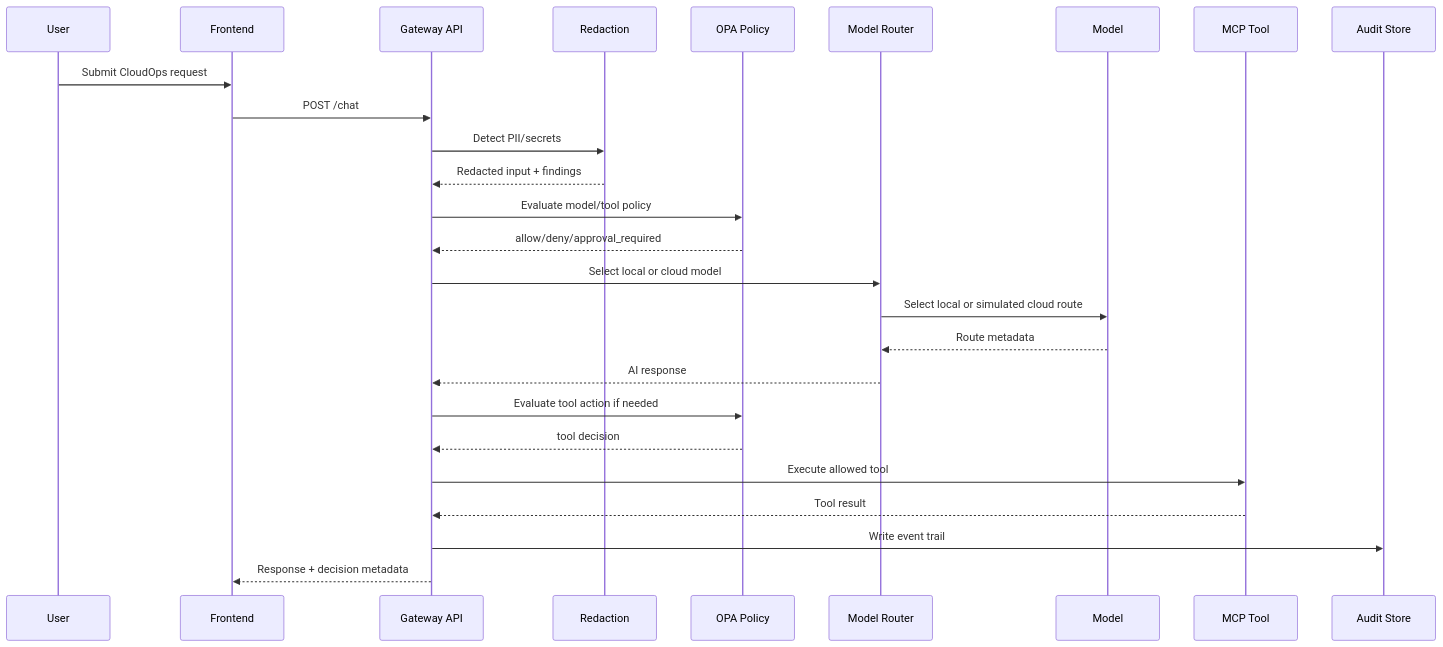
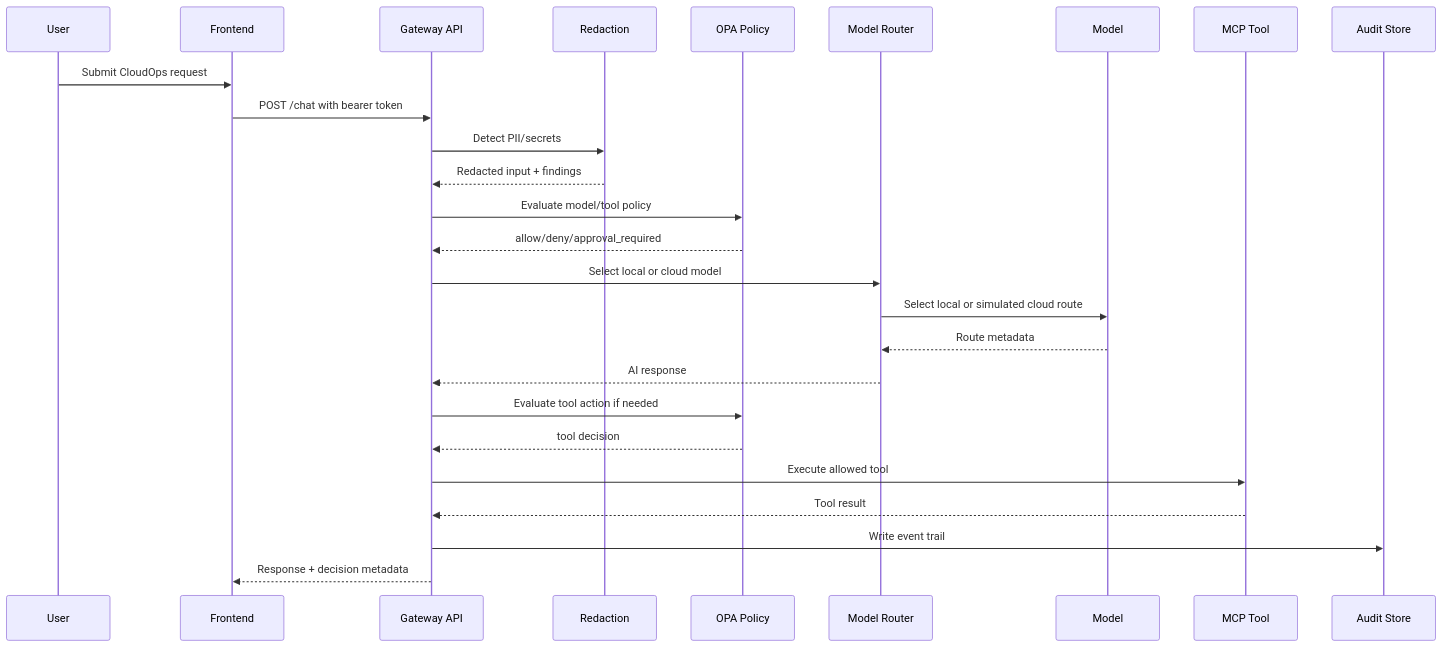
One commit to manynames3/aegisdesk-cloudops-control-plane changed the diagram in docs/architecture/system-architecture.md. Above: the diagram before and after it, drawn with Mermaid. The commit also changed other lines of this file and 49 other files, not shown here.

````diff
--- a/docs/architecture/system-architecture.md
+++ b/docs/architecture/system-architecture.md
@@ -127,29 +138,29 @@
 ```mermaid
 sequenceDiagram
     participant U as User
     participant UI as Frontend
     participant API as Gateway API
     participant R as Redaction
     participant OPA as OPA Policy
     participant MR as Model Router
     participant M as Model
     participant Tool as MCP Tool
     participant Audit as Audit Store
 
     U->>UI: Submit CloudOps request
-    UI->>API: POST /chat
+    UI->>API: POST /chat with bearer token
     API->>R: Detect PII/secrets
     R-->>API: Redacted input + findings
     API->>OPA: Evaluate model/tool policy
     OPA-->>API: allow/deny/approval_required
     API->>MR: Select local or cloud model
     MR->>M: Select local or simulated cloud route
     M-->>MR: Route metadata
     MR-->>API: AI response
     API->>OPA: Evaluate tool action if needed
     OPA-->>API: tool decision
     API->>Tool: Execute allowed tool
     Tool-->>API: Tool result
     API->>Audit: Write event trail
     API-->>UI: Response + decision metadata
 ```
````
